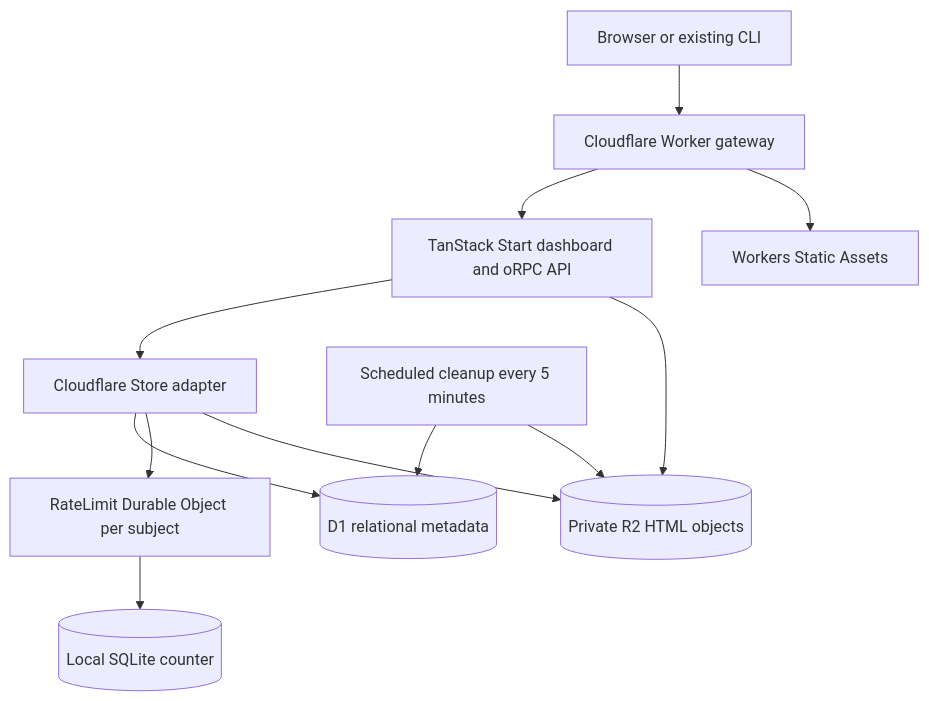
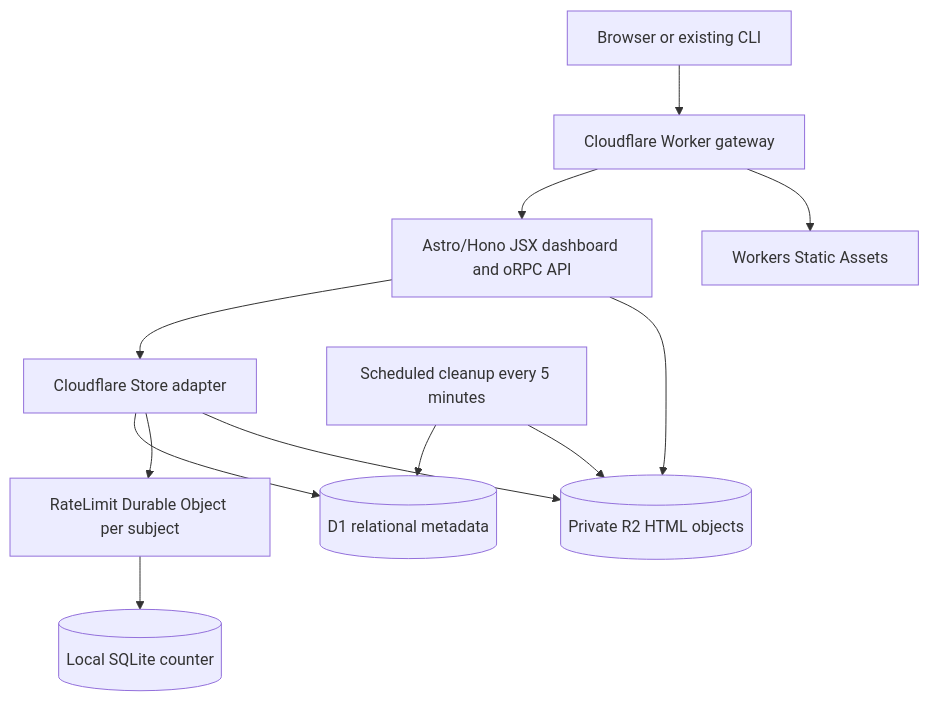
Before and after one commit to MylesWardell/postplan: the diagram in docs/cloudflare-deployment-plan.md, drawn with Mermaid. The commit also changed other lines of this file and 67 other files, not shown here.

Commit message:
refactor(web): replace TanStack Start with Astro and Hono JSX

````diff
--- a/docs/cloudflare-deployment-plan.md
+++ b/docs/cloudflare-deployment-plan.md
@@ -21,14 +21,14 @@
 ```mermaid
 flowchart TD
   Browser[Browser or existing CLI] --> Gateway[Cloudflare Worker gateway]
-  Gateway --> App[TanStack Start dashboard and oRPC API]
+  Gateway --> App[Astro/Hono JSX dashboard and oRPC API]
   Gateway --> Static[Workers Static Assets]
   App --> Store[Cloudflare Store adapter]
   Store --> D1[(D1 relational metadata)]
   Store --> Limits[RateLimit Durable Object per subject]
   Limits --> SQL[(Local SQLite counter)]
   Store --> R2[(Private R2 HTML objects)]
   App --> R2
   Cron[Scheduled cleanup every 5 minutes] --> D1
   Cron --> R2
 ```
````
